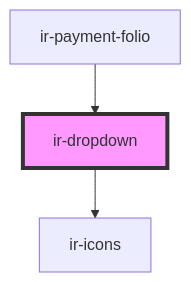
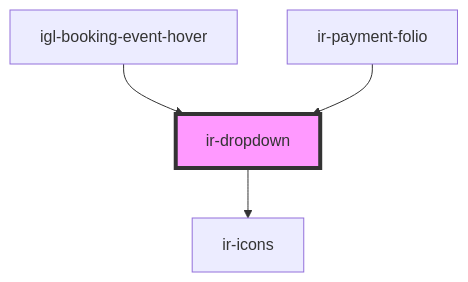
Before and after one commit to RonyRizk/ir-webcmp: the diagram in src/components/ui/ir-dropdown/readme.md, drawn with Mermaid. The commit also changed other lines of this file and 38 other files, not shown here.

````diff
--- a/src/components/ui/ir-dropdown/readme.md
+++ b/src/components/ui/ir-dropdown/readme.md
@@ -34,6 +36,7 @@
 ```mermaid
 graph TD;
   ir-dropdown --> ir-icons
+  igl-booking-event-hover --> ir-dropdown
   ir-payment-folio --> ir-dropdown
   style ir-dropdown fill:#f9f,stroke:#333,stroke-width:4px
 ```
````
